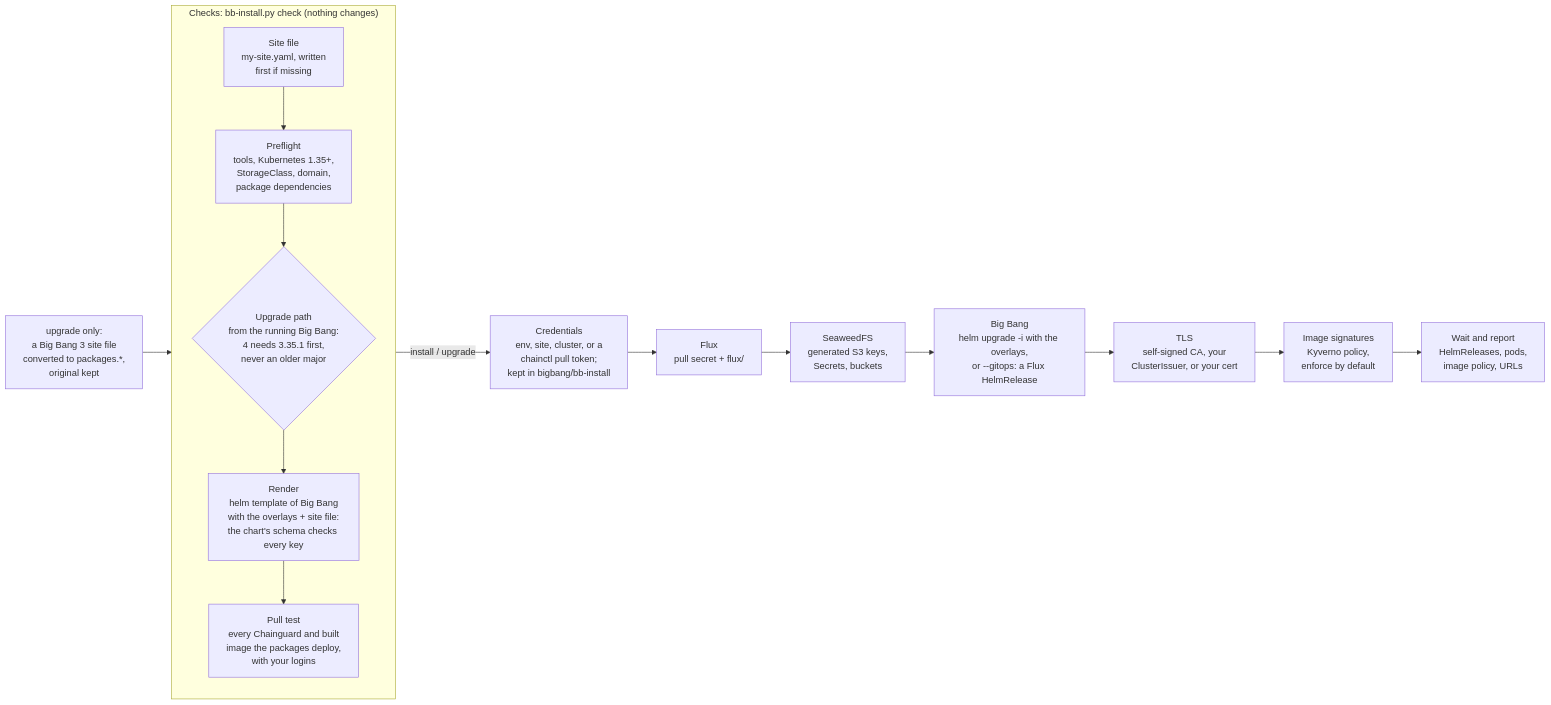
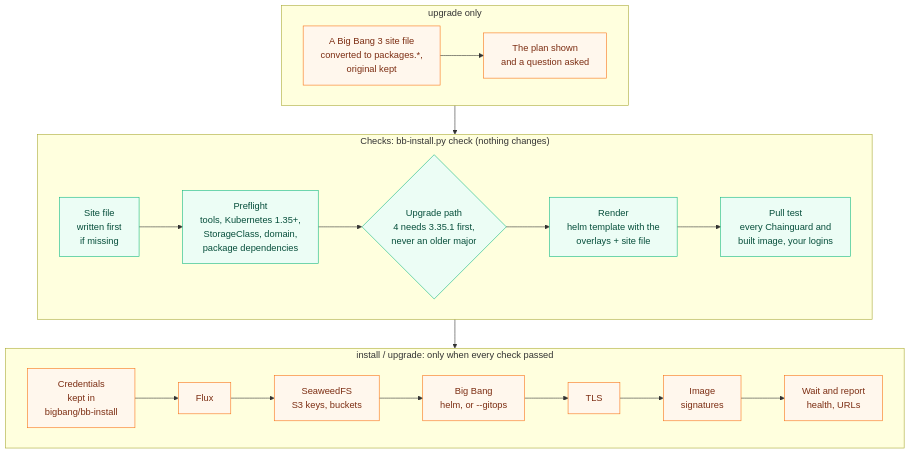
One commit to Zapata-Technology/bigbang-chainguard changed the fourth of 9 diagrams in docs/architecture.md. Above: the diagram before and after it, drawn with Mermaid.

Commit message:
architecture: installer diagram in three readable bands
Claude-Session: https://claude.ai/code/session_01W8WaG9xXTzLHWzgQ1H9QUq

````diff
--- a/docs/architecture.md
+++ b/docs/architecture.md
@@ -143,18 +143,32 @@
 ```mermaid
-flowchart LR
-    subgraph checks["Checks: bb-install.py check (nothing changes)"]
-        direction TB
-        SF[Site file<br/>my-site.yaml, written<br/>first if missing] --> PF[Preflight<br/>tools, Kubernetes 1.35+,<br/>StorageClass, domain,<br/>package dependencies]
-        PF --> UP{Upgrade path<br/>from the running Big Bang:<br/>4 needs 3.35.1 first,<br/>never an older major}
-        UP --> RD[Render<br/>helm template of Big Bang<br/>with the overlays + site file:<br/>the chart's schema checks every key]
-        RD --> PC[Pull test<br/>every Chainguard and built<br/>image the packages deploy,<br/>with your logins]
+flowchart TB
+    subgraph UPG["upgrade only"]
+        direction LR
+        MG["A Big Bang 3 site file<br/>converted to packages.*,<br/>original kept"] --> PL["The plan shown<br/>and a question asked"]
     end
-    MG[upgrade only:<br/>a Big Bang 3 site file<br/>converted to packages.*,<br/>original kept] --> SF
-    PC -- "install / upgrade" --> CR[Credentials<br/>env, site, cluster, or a<br/>chainctl pull token;<br/>kept in bigbang/bb-install]
-    CR --> FX[Flux<br/>pull secret + flux/]
-    FX --> SW[SeaweedFS<br/>generated S3 keys,<br/>Secrets, buckets]
-    SW --> BB[Big Bang<br/>helm upgrade -i with the overlays,<br/>or --gitops: a Flux HelmRelease]
-    BB --> TL[TLS<br/>self-signed CA, your<br/>ClusterIssuer, or your cert]
-    TL --> SG[Image signatures<br/>Kyverno policy,<br/>enforce by default]
-    SG --> W[Wait and report<br/>HelmReleases, pods,<br/>image policy, URLs]
+
+    subgraph CHK["Checks: bb-install.py check (nothing changes)"]
+        direction LR
+        SF["Site file<br/>written first<br/>if missing"] --> PF["Preflight<br/>tools, Kubernetes 1.35+,<br/>StorageClass, domain,<br/>package dependencies"]
+        PF --> UP{"Upgrade path<br/>4 needs 3.35.1 first,<br/>never an older major"}
+        UP --> RD["Render<br/>helm template with the<br/>overlays + site file"]
+        RD --> PC["Pull test<br/>every Chainguard and<br/>built image, your logins"]
+    end
+
+    subgraph INS["install / upgrade: only when every check passed"]
+        direction LR
+        CR["Credentials<br/>kept in<br/>bigbang/bb-install"] --> FX["Flux"]
+        FX --> SW["SeaweedFS<br/>S3 keys, buckets"]
+        SW --> BB["Big Bang<br/>helm, or --gitops"]
+        BB --> TL["TLS"]
+        TL --> SG["Image<br/>signatures"]
+        SG --> W["Wait and report<br/>health, URLs"]
+    end
+
+    UPG --> CHK --> INS
+
+    classDef check fill:#ecfdf5,stroke:#10b981,color:#064e3b
+    classDef act fill:#fff7ed,stroke:#f97316,color:#7c2d12
+    class SF,PF,UP,RD,PC check
+    class CR,FX,SW,BB,TL,SG,W,MG,PL act
 ```
````
